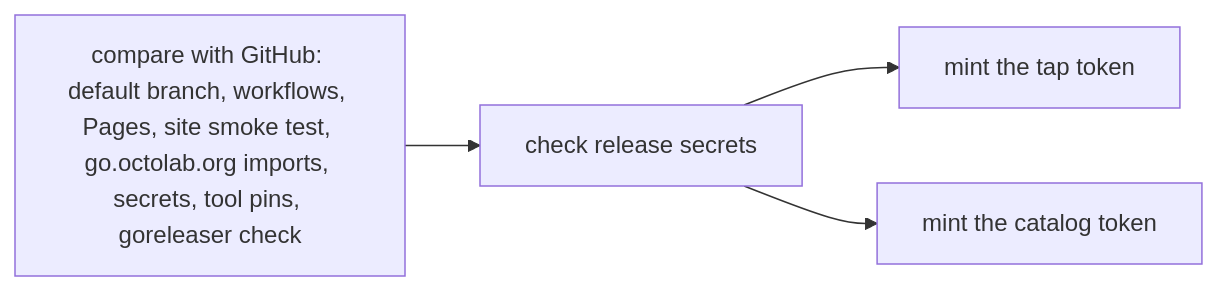
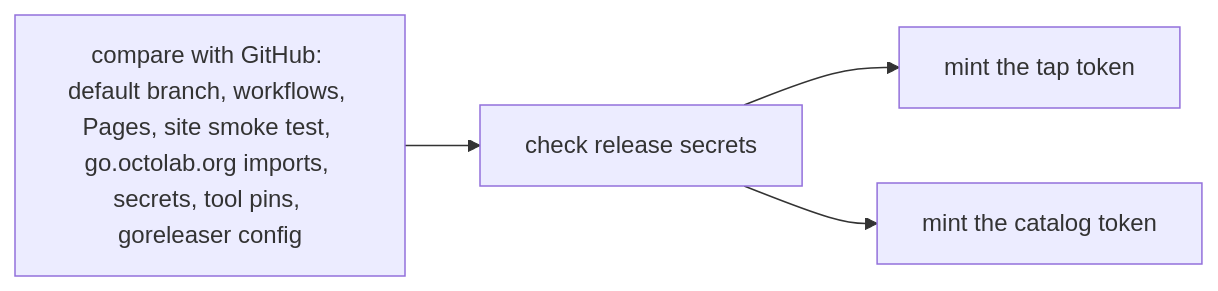
The sixth of 10 diagrams in .github/workflows/README.md (octopot/indexit), drawn with Mermaid before and after one commit. The commit also changed other lines of this file and 3 other files, not shown here.

````diff
--- a/.github/workflows/README.md
+++ b/.github/workflows/README.md
@@ -200,4 +239,4 @@
 ```mermaid
 flowchart LR
-  doctor[compare with GitHub: default branch, workflows, Pages, site smoke test, go.octolab.org imports, secrets, tool pins, goreleaser check] --> preflight[check release secrets] --> token[mint the tap token] & catalog[mint the catalog token]
+  doctor[compare with GitHub: default branch, workflows, Pages, site smoke test, go.octolab.org imports, secrets, tool pins, goreleaser config] --> preflight[check release secrets] --> token[mint the tap token] & catalog[mint the catalog token]
 ```
````
